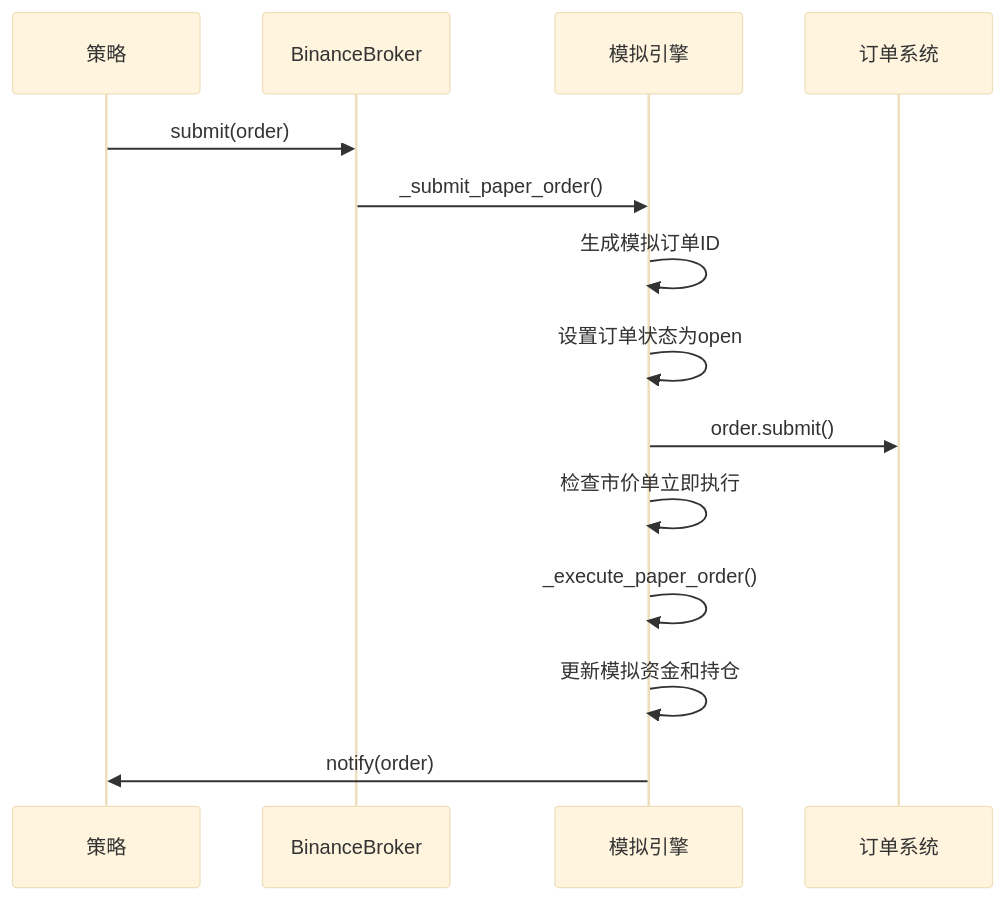
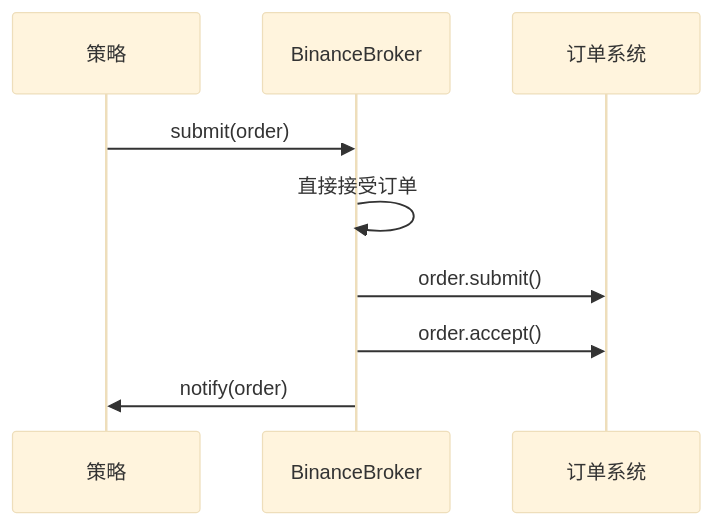
Before and after one commit to bench-prog/backtrader: the seventh of 8 diagrams in .qoder/repowiki/zh/content/实盘交易模块/Binance交易所集成/BinanceBroker执行层.md, drawn with Mermaid (base theme). The commit also changed other lines of this file and 23 other files, not shown here.

````diff
--- a/.qoder/repowiki/zh/content/实盘交易模块/Binance交易所集成/BinanceBroker执行层.md
+++ b/.qoder/repowiki/zh/content/实盘交易模块/Binance交易所集成/BinanceBroker执行层.md
@@ -374,16 +380,11 @@
 ```mermaid
 sequenceDiagram
 participant STR as 策略
 participant BB as BinanceBroker
-participant PS as 模拟引擎
 participant OR as 订单系统
 STR->>BB : submit(order)
-BB->>PS : _submit_paper_order()
-PS->>PS : 生成模拟订单ID
-PS->>PS : 设置订单状态为open
-PS->>OR : order.submit()
-PS->>PS : 检查市价单立即执行
-PS->>PS : _execute_paper_order()
-PS->>PS : 更新模拟资金和持仓
-PS->>STR : notify(order)
+BB->>BB : 直接接受订单
+BB->>OR : order.submit()
+BB->>OR : order.accept()
+BB->>STR : notify(order)
 ```
````
